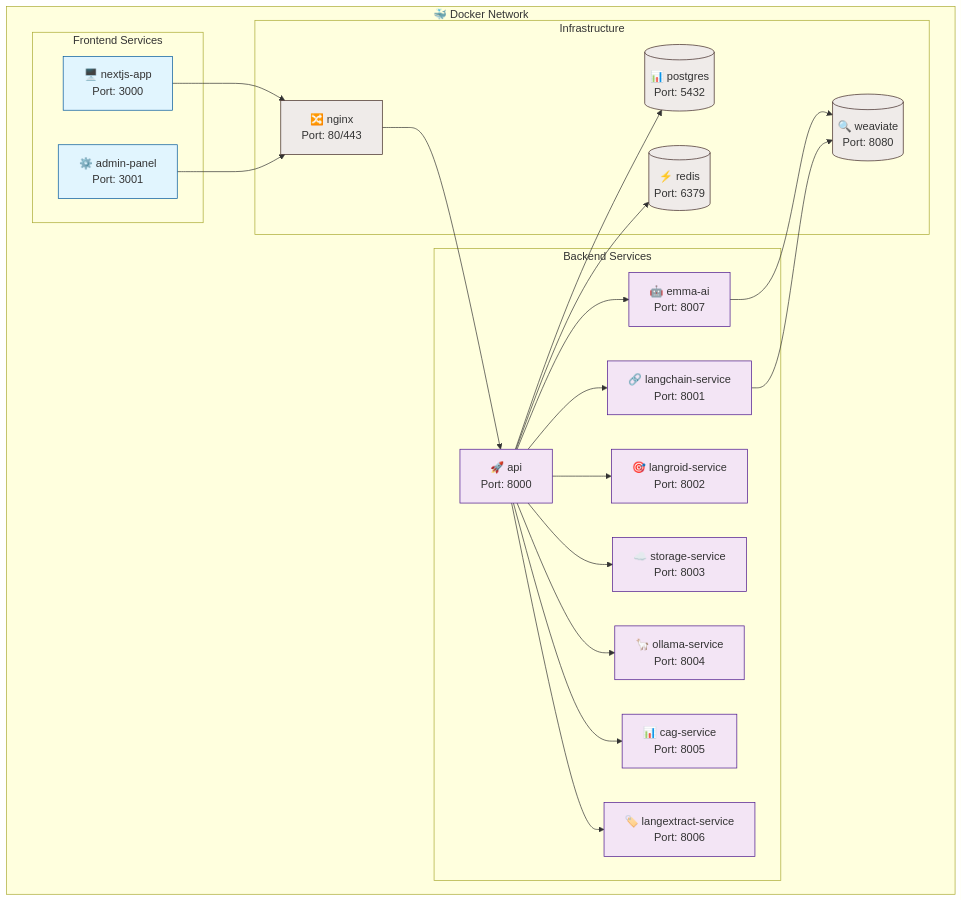
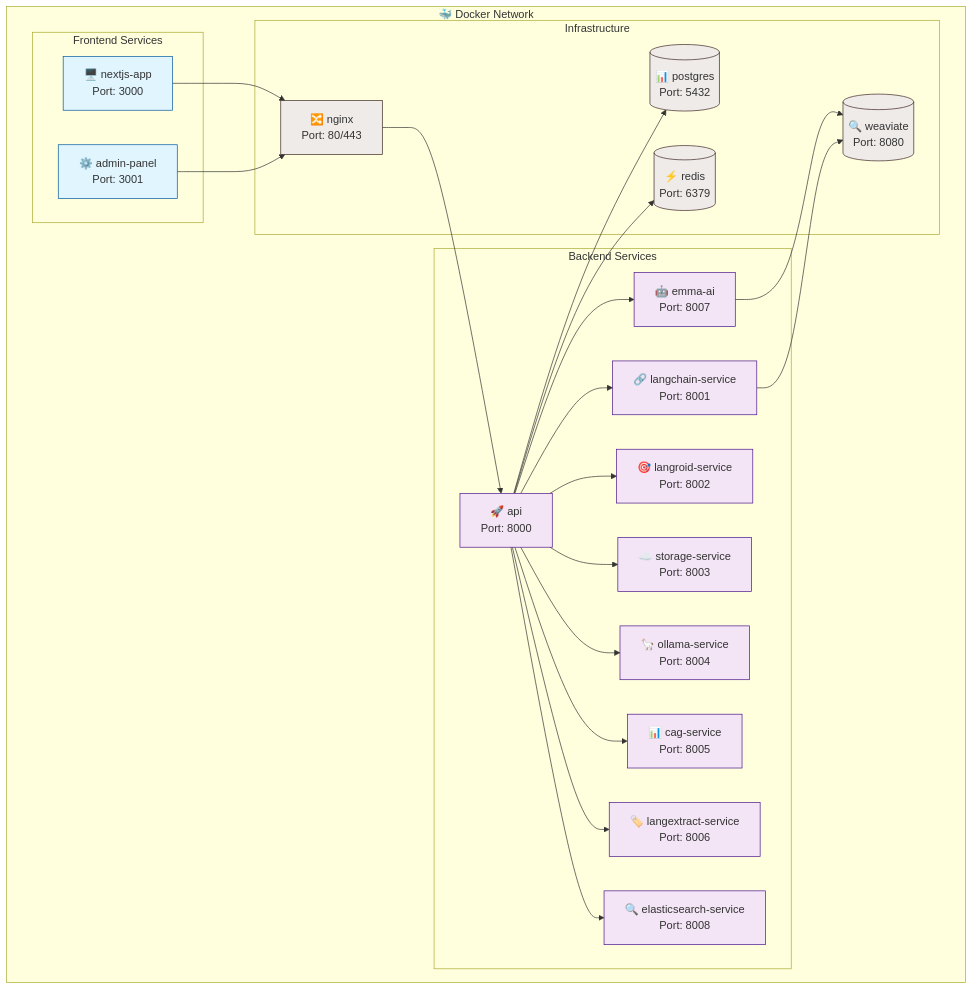
The fifth of 5 diagrams in README.md (horelvis/nexus-documents-ia), drawn with Mermaid before and after one commit. The commit also changed other lines of this file and 18 other files, not shown here.

First line of the commit message:
feat: crear microservicio elasticsearch-service

````diff
--- a/README.md
+++ b/README.md
@@ -424,52 +426,54 @@
 ```mermaid
 graph TB
     subgraph "🐳 Docker Network"
         subgraph "Frontend Services"
             NextJS[🖥️ nextjs-app<br/>Port: 3000]
             Admin[⚙️ admin-panel<br/>Port: 3001]
         end
 
         subgraph "Backend Services"
             API[🚀 api<br/>Port: 8000]
             Emma[🤖 emma-ai<br/>Port: 8007]
             LangChain[🔗 langchain-service<br/>Port: 8001]
             Langroid[🎯 langroid-service<br/>Port: 8002]
             Storage[☁️ storage-service<br/>Port: 8003]
             Ollama[🦙 ollama-service<br/>Port: 8004]
             CAG[📊 cag-service<br/>Port: 8005]
-            LangExtract[🏷️ langextract-service<br/>Port: 8006]
+             LangExtract[🏷️ langextract-service<br/>Port: 8006]
+             Elasticsearch[🔍 elasticsearch-service<br/>Port: 8008]
         end
 
         subgraph "Infrastructure"
             Postgres[(📊 postgres<br/>Port: 5432)]
             Weaviate[(🔍 weaviate<br/>Port: 8080)]
             Redis[(⚡ redis<br/>Port: 6379)]
             Nginx[🔀 nginx<br/>Port: 80/443]
         end
     end
 
     NextJS --> Nginx
     Admin --> Nginx
     Nginx --> API
 
-    API --> Emma
-    API --> LangChain
-    API --> Langroid
-    API --> Storage
-    API --> Ollama
-    API --> CAG
-    API --> LangExtract
+     API --> Emma
+     API --> LangChain
+     API --> Langroid
+     API --> Storage
+     API --> Ollama
+     API --> CAG
+     API --> LangExtract
+     API --> Elasticsearch
 
     Emma --> Weaviate
     LangChain --> Weaviate
     API --> Postgres
     API --> Redis
 
     classDef frontend fill:#e1f5fe,stroke:#01579b
     classDef backend fill:#f3e5f5,stroke:#4a148c
     classDef infra fill:#efebe9,stroke:#3e2723
 
     class NextJS,Admin frontend
-    class API,Emma,LangChain,Langroid,Storage,Ollama,CAG,LangExtract backend
+    class API,Emma,LangChain,Langroid,Storage,Ollama,CAG,LangExtract,Elasticsearch backend
     class Postgres,Weaviate,Redis,Nginx infra
 ```
````
